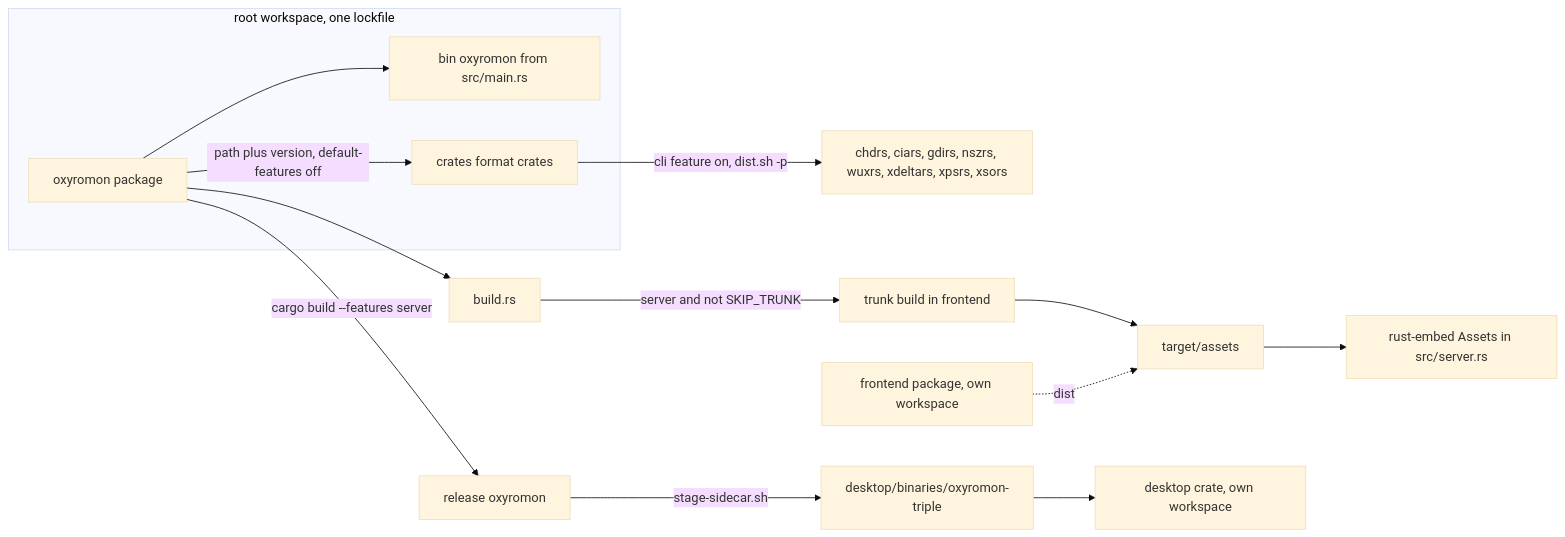
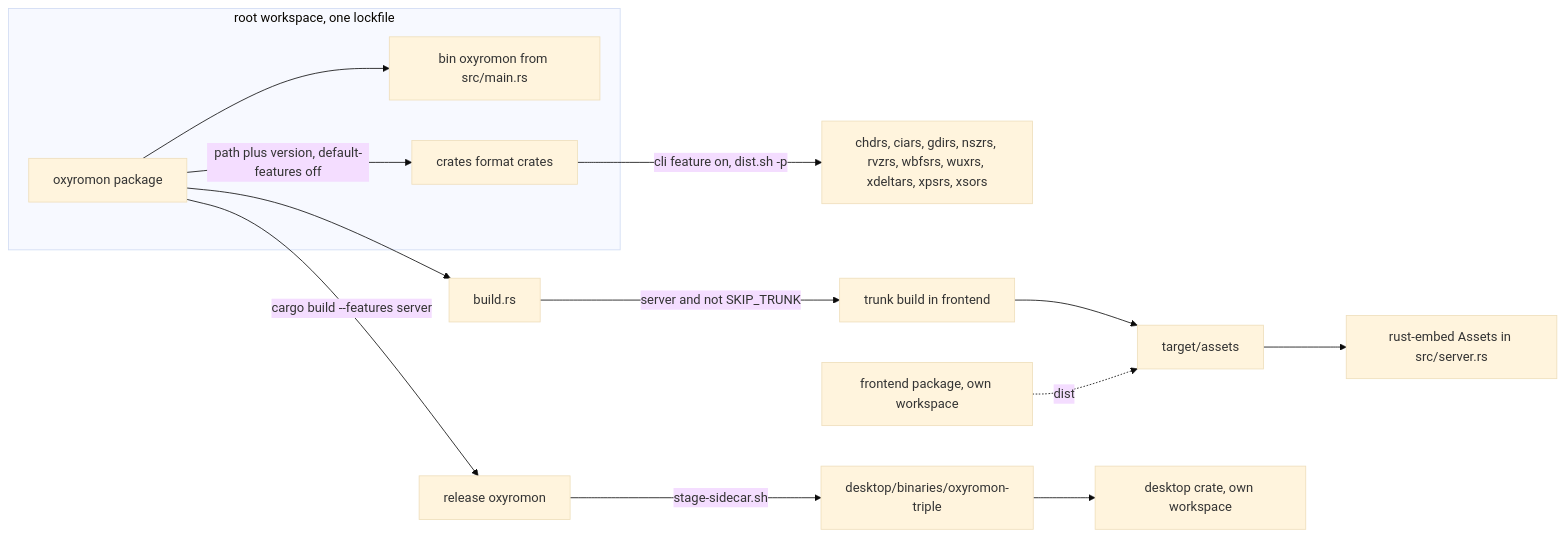
Before and after one commit to alucryd/oxyromon: the second of 3 diagrams in openwiki/architecture/feature-flags-and-build-topology.md, drawn with Mermaid (base theme). The commit also changed other lines of this file and 67 other files, not shown here.

````diff
--- a/openwiki/architecture/feature-flags-and-build-topology.md
+++ b/openwiki/architecture/feature-flags-and-build-topology.md
@@ -417,17 +428,17 @@
 ```mermaid
 flowchart LR
   subgraph root["root workspace, one lockfile"]
     PKG["oxyromon package"] --> MAIN["bin oxyromon from src/main.rs"]
     CRATES["crates format crates"]
   end
   PKG -->|"path plus version, default-features off"| CRATES
-  CRATES -->|"cli feature on, dist.sh -p"| CLI["chdrs, ciars, gdirs, nszrs, wuxrs, xdeltars, xpsrs, xsors"]
+  CRATES -->|"cli feature on, dist.sh -p"| CLI["chdrs, ciars, gdirs, nszrs, rvzrs, wbfsrs, wuxrs, xdeltars, xpsrs, xsors"]
   PKG --> BR["build.rs"]
   BR -->|server and not SKIP_TRUNK| TRUNK["trunk build in frontend"]
   TRUNK --> ASSETS["target/assets"]
   ASSETS --> EMB["rust-embed Assets in src/server.rs"]
   FE["frontend package, own workspace"] -.->|dist| ASSETS
   PKG -->|cargo build --features server| BIN["release oxyromon"]
   BIN -->|stage-sidecar.sh| SIDECAR["desktop/binaries/oxyromon-triple"]
   SIDECAR --> DESK["desktop crate, own workspace"]
 ```
````
